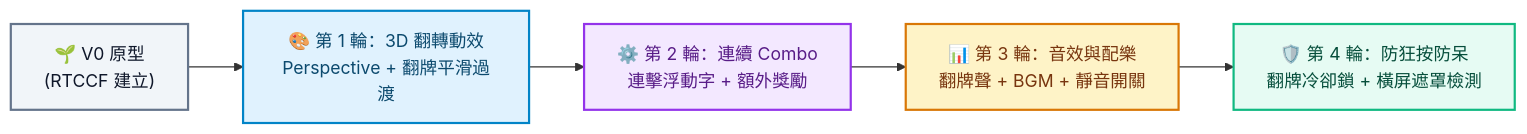
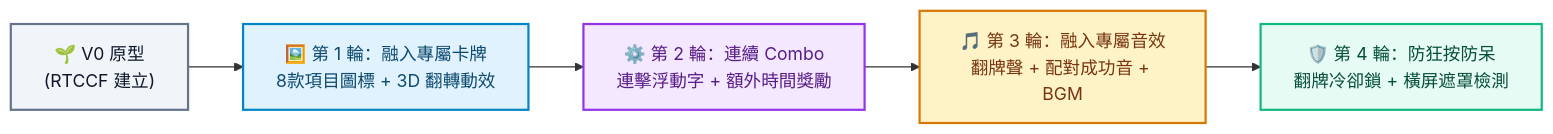
One commit to roberthsu2003/vibe_coding changed the diagram in AIFirst實作課程/建立小遊戲/娛樂稅VS納保法記憶翻牌/README.md. Above: the diagram before and after it, drawn with Mermaid. The commit also changed other lines of this file and 67 other files, not shown here.

````diff
--- a/AIFirst實作課程/建立小遊戲/娛樂稅VS納保法記憶翻牌/README.md
+++ b/AIFirst實作課程/建立小遊戲/娛樂稅VS納保法記憶翻牌/README.md
@@ -91,14 +93,14 @@
 ```mermaid
 flowchart LR
     V0["🌱 V0 原型<br/>(RTCCF 建立)"] 
-    --> V1["🎨 第 1 輪：3D 翻轉動效<br/>Perspective + 翻牌平滑過渡"]
-    --> V2["⚙️ 第 2 輪：連續 Combo<br/>連擊浮動字 + 額外獎勵"]
-    --> V3["📊 第 3 輪：音效與配樂<br/>翻牌聲 + BGM + 靜音開關"]
+    --> V1["🖼️ 第 1 輪：融入專屬卡牌<br/>8款項目圖標 + 3D 翻轉動效"]
+    --> V2["⚙️ 第 2 輪：連續 Combo<br/>連擊浮動字 + 額外時間獎勵"]
+    --> V3["🎵 第 3 輪：融入專屬音效<br/>翻牌聲 + 配對成功音 + BGM"]
     --> V4["🛡️ 第 4 輪：防狂按防呆<br/>翻牌冷卻鎖 + 橫屏遮罩檢測"]
 
     style V0 fill:#f1f5f9,stroke:#64748b,stroke-width:2px,color:#0f172a
     style V1 fill:#e0f2fe,stroke:#0284c7,stroke-width:2px,color:#0c4a6e
     style V2 fill:#f3e8ff,stroke:#9333ea,stroke-width:2px,color:#581c87
     style V3 fill:#fef3c7,stroke:#d97706,stroke-width:2px,color:#78350f
     style V4 fill:#e6fbf3,stroke:#10b981,stroke-width:2px,color:#064e3b
 ```
````
